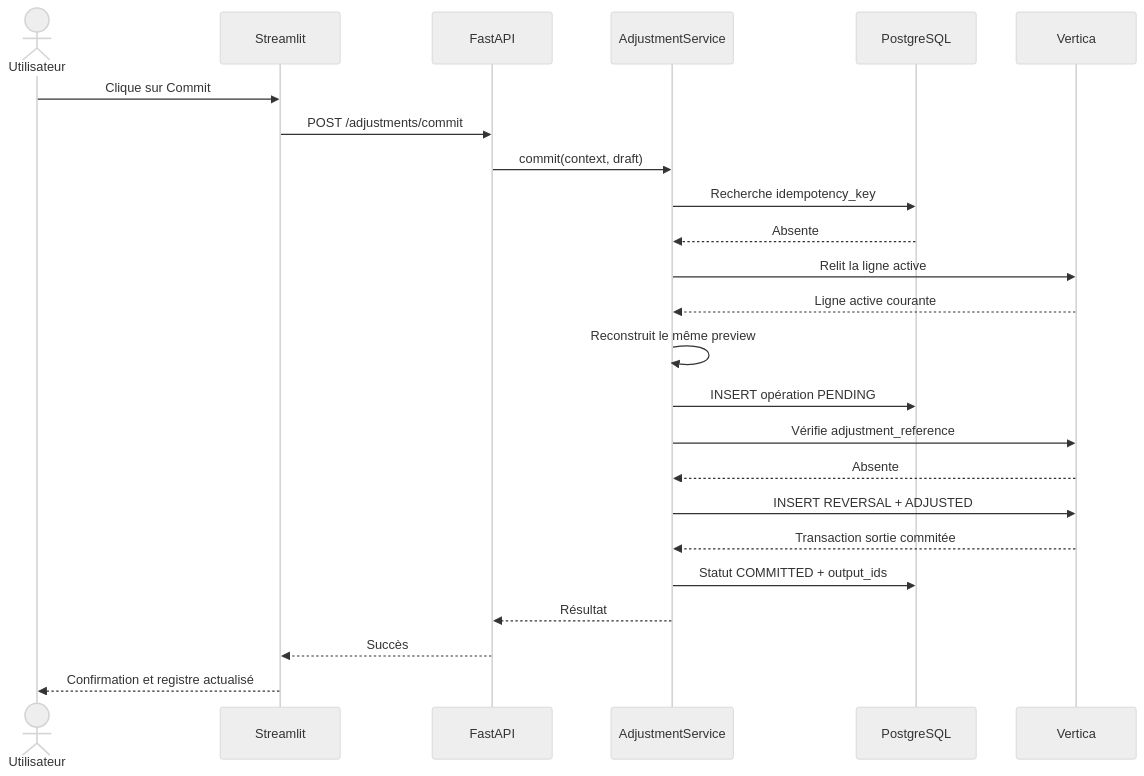
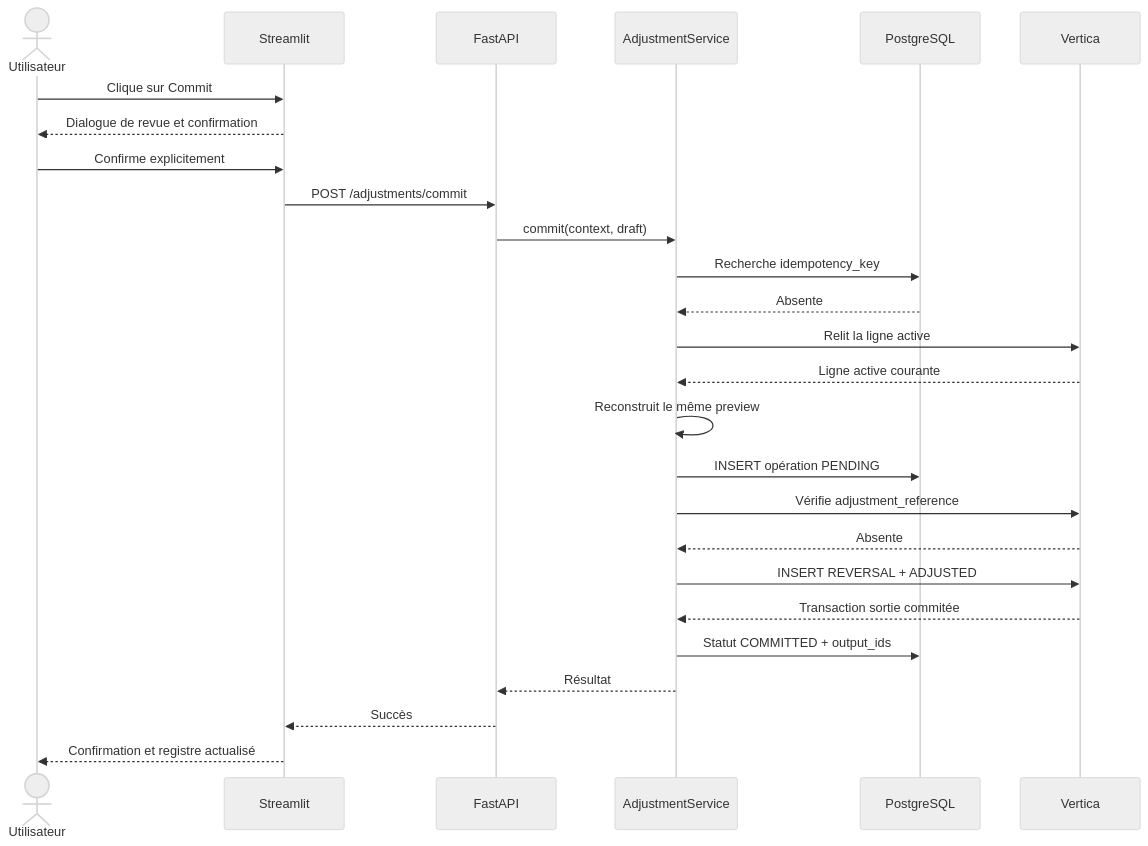
One commit to younesszaim/ajustement changed the fourth of 5 diagrams in docs/architecture-fonctionnement-application.md. Above: the diagram before and after it, drawn with Mermaid (neutral theme). The commit also changed other lines of this file and 5 other files, not shown here.

````diff
--- a/docs/architecture-fonctionnement-application.md
+++ b/docs/architecture-fonctionnement-application.md
@@ -319,27 +321,29 @@
 ```mermaid
 sequenceDiagram
     actor U as Utilisateur
     participant ST as Streamlit
     participant A as FastAPI
     participant S as AdjustmentService
     participant P as PostgreSQL
     participant V as Vertica
 
     U->>ST: Clique sur Commit
+    ST-->>U: Dialogue de revue et confirmation
+    U->>ST: Confirme explicitement
     ST->>A: POST /adjustments/commit
     A->>S: commit(context, draft)
     S->>P: Recherche idempotency_key
     P-->>S: Absente
     S->>V: Relit la ligne active
     V-->>S: Ligne active courante
     S->>S: Reconstruit le même preview
     S->>P: INSERT opération PENDING
     S->>V: Vérifie adjustment_reference
     V-->>S: Absente
     S->>V: INSERT REVERSAL + ADJUSTED
     V-->>S: Transaction sortie commitée
     S->>P: Statut COMMITTED + output_ids
     S-->>A: Résultat
     A-->>ST: Succès
     ST-->>U: Confirmation et registre actualisé
 ```
````
